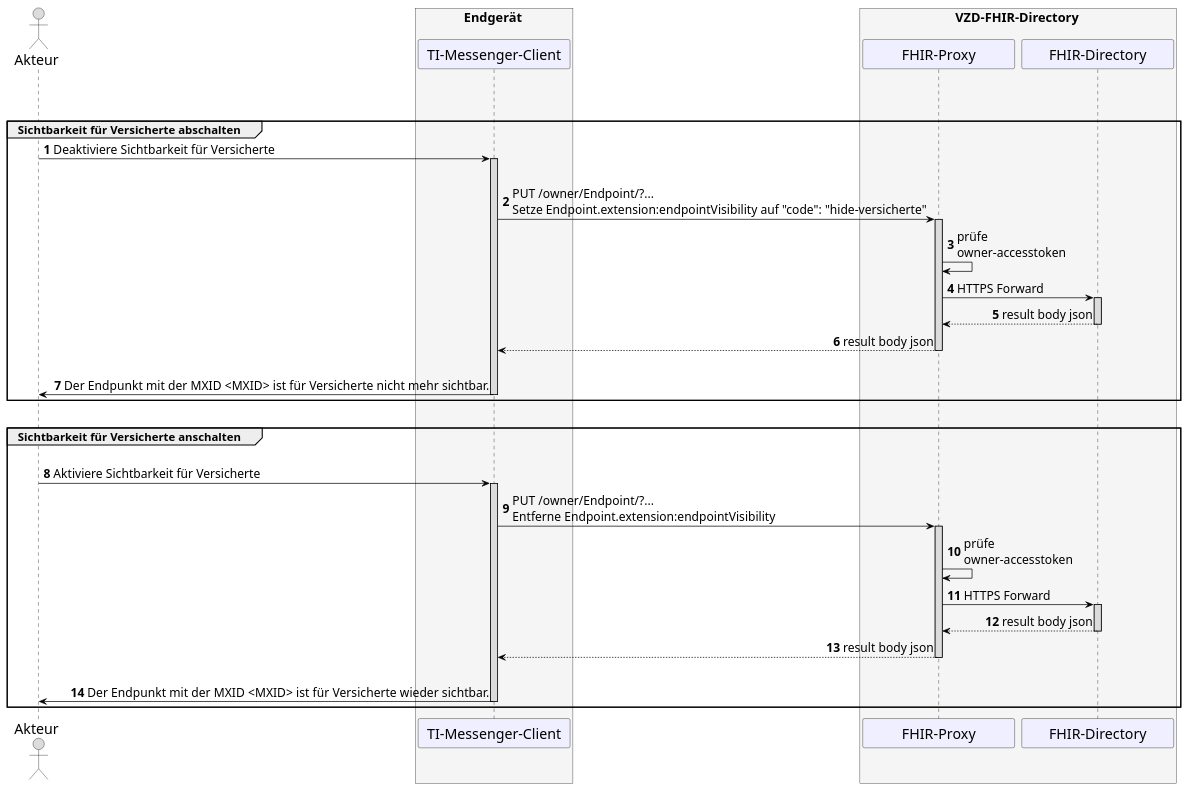
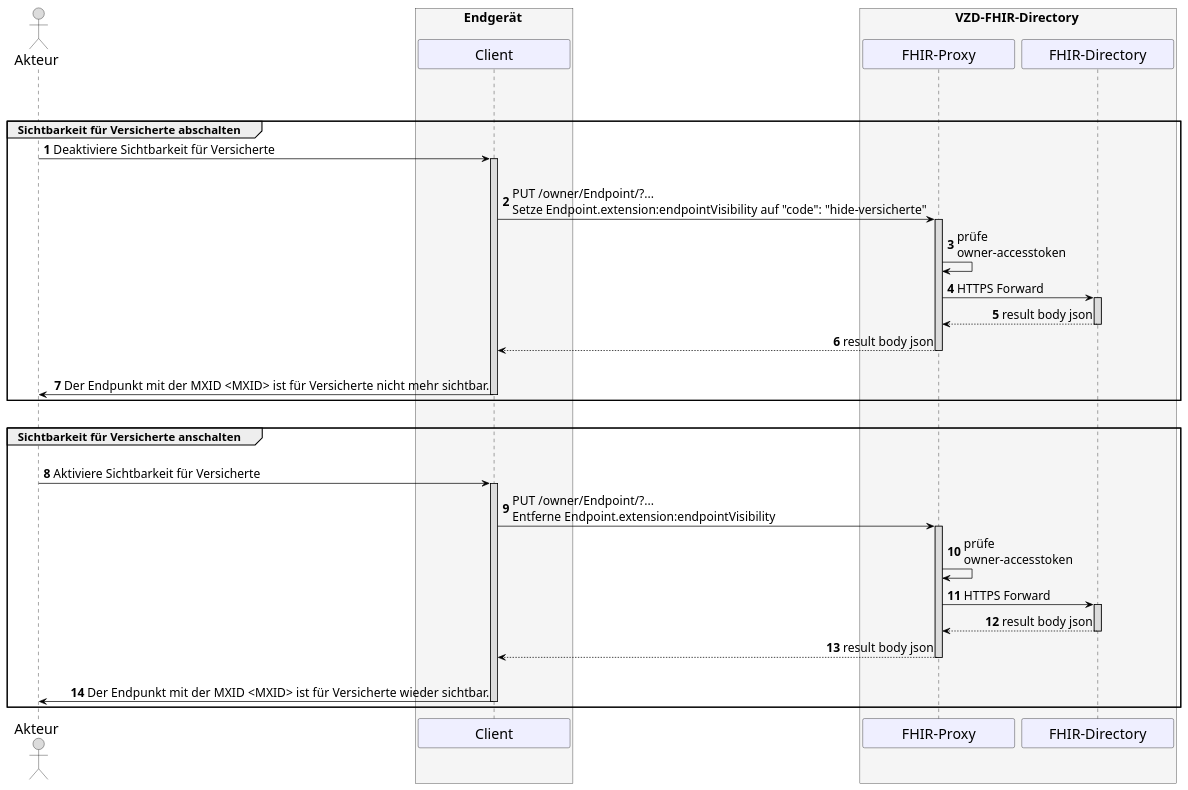
Before and after one commit to gematik/api-ti-messenger: the diagram in src/images/TI-M_Pro/UC_10377_Seq.puml, drawn with PlantUML.

Commit message:
Generalise diagram

```diff
--- a/src/images/TI-M_Pro/UC_10377_Seq.puml
+++ b/src/images/TI-M_Pro/UC_10377_Seq.puml
@@ -6,76 +6,76 @@
 @startuml
 skinparam sequenceMessageAlign direction
 skinparam minClassWidth 200
 skinparam BoxPadding 1
 skinparam sequenceReferenceHeaderBackgroundColor palegreen
 scale max 2048 width
 
 skinparam sequence {
 ArrowColor black
 ArrowFontSize 17
 ActorBorderColor black
 LifeLineBorderColor black
 LifeLineBackgroundColor Gainsboro
 
 ParticipantBorderColor Motivation
 ParticipantBackgroundColor Motivation
 ParticipantFontSize 20
 ParticipantFontColor black
 ParticipantBorderColor Black
 
 ActorBackgroundColor Gainsboro
 ActorFontColor black
 ActorFontSize 20
 }
 
 autonumber
 
 actor U as "Akteur"
 box <size:18>Endgerät</size> #WhiteSmoke
-  participant C as "TI-Messenger-Client"
+  participant C as "Client"
 end box
 
 box <size:18>VZD-FHIR-Directory</size> #WhiteSmoke
   participant FP as "FHIR-Proxy"
   participant VZD as "FHIR-Directory"
 end box
 
 group <size:16>VZD-FHIR-Directory Eintrag</size>
   |||
   group <size:16>Sichtbarkeit für Versicherte abschalten</size>
   U->C: Deaktiviere Sichtbarkeit für Versicherte
   
   Activate C
   |||
   C->FP: PUT /owner/Endpoint/?... \nSetze Endpoint.extension:endpointVisibility auf "code": "hide-versicherte"
     Activate FP
   FP->FP: prüfe \nowner-accesstoken
   FP->VZD: HTTPS Forward
     Activate VZD
   VZD-->FP: result body json
     Deactivate VZD
   FP-->C: result body json
     Deactivate FP
   |||
   C->U: Der Endpunkt mit der MXID <MXID> ist für Versicherte nicht mehr sichtbar. 
   Deactivate C
   end
   |||
   group <size:16>Sichtbarkeit für Versicherte anschalten</size>
   |||
   U->C: Aktiviere Sichtbarkeit für Versicherte
   Activate C
   C->FP: PUT /owner/Endpoint/?... \nEntferne Endpoint.extension:endpointVisibility 
     Activate FP
   FP->FP: prüfe \nowner-accesstoken
   FP->VZD: HTTPS Forward
     Activate VZD
   VZD-->FP: result body json
     Deactivate VZD
   FP-->C: result body json
     Deactivate FP
   |||
   C->U: Der Endpunkt mit der MXID <MXID> ist für Versicherte wieder sichtbar.
   Deactivate C
   end
 @enduml
```
